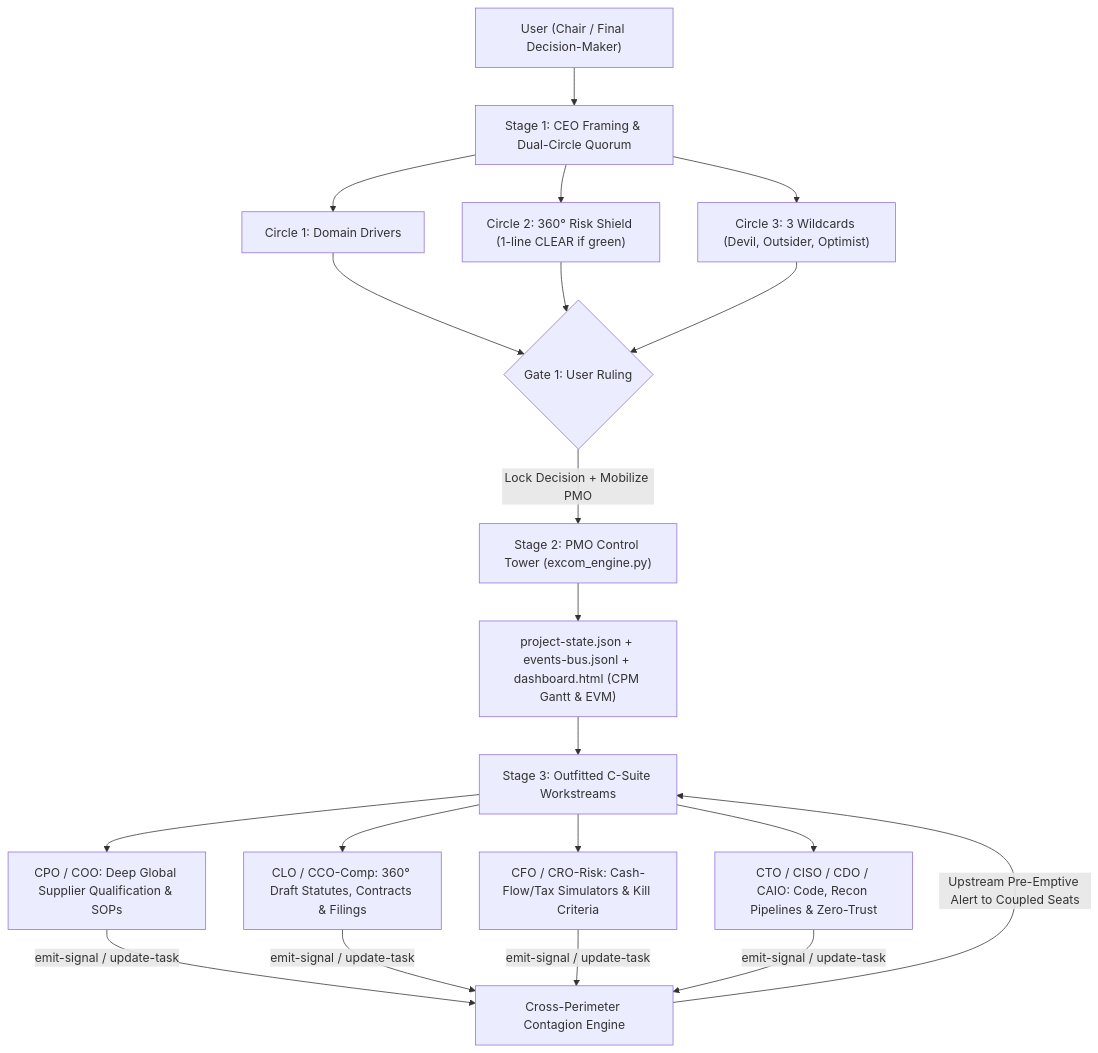
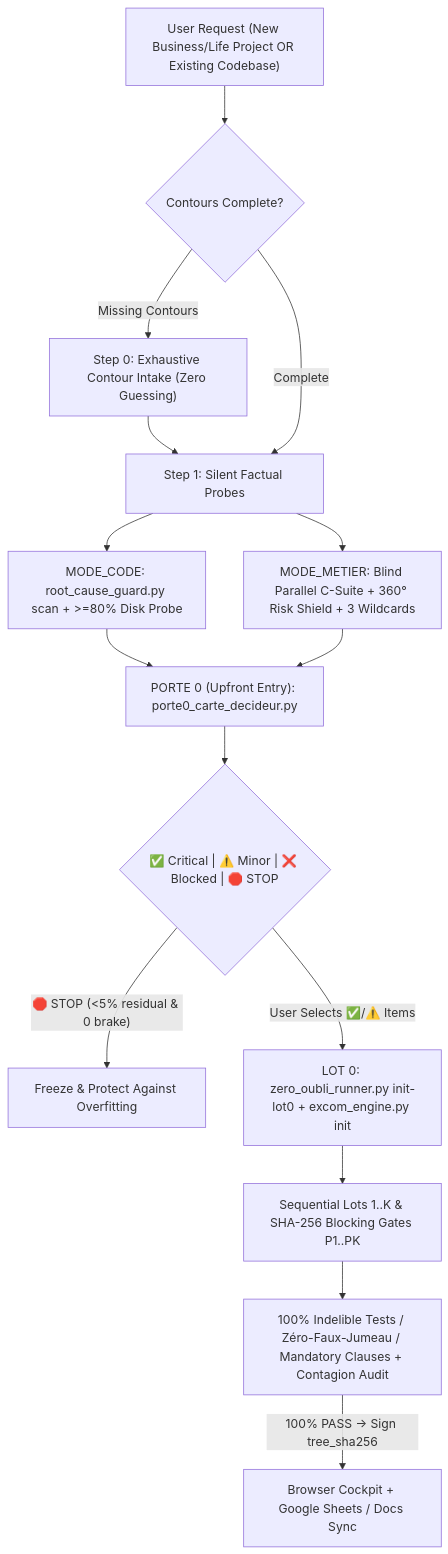
The diagram in README.md (Foch1974/ExCom), drawn with Mermaid before and after one commit. The commit also changed other lines of this file and 9 other files, not shown here.

Commit message:
feat(v3.0): full vertical integration (Exhaustive Intake + Porte 0 Carte Decideur + Open-Domain RootCause + Aeronautical Zero-Oubli SHA-256 Gates)

````diff
--- a/README.md
+++ b/README.md
@@ -31,20 +29,19 @@
 ```mermaid
 flowchart TD
-    U["User (Chair / Final Decision-Maker)"] --> CEO["Stage 1: CEO Framing & Dual-Circle Quorum"]
-    CEO --> C1["Circle 1: Domain Drivers"]
-    CEO --> C2["Circle 2: 360° Risk Shield (1-line CLEAR if green)"]
-    CEO --> C3["Circle 3: 3 Wildcards (Devil, Outsider, Optimist)"]
+    IN["User Request (New Business/Life Project OR Existing Codebase)"] --> S0{"Contours Complete?"}
+    S0 -- "Missing Contours" --> Q["Step 0: Exhaustive Contour Intake (Zero Guessing)"]
+    Q --> S1
+    S0 -- "Complete" --> S1["Step 1: Silent Factual Probes"]
 
-    C1 & C2 & C3 --> GATE1{"Gate 1: User Ruling"}
-    GATE1 -- "Lock Decision + Mobilize PMO" --> PMO["Stage 2: PMO Control Tower (excom_engine.py)"]
-    PMO --> TWIN["project-state.json + events-bus.jsonl + dashboard.html (CPM Gantt & EVM)"]
+    S1 --> P_CODE["MODE_CODE: root_cause_guard.py scan + >=80% Disk Probe"]
+    S1 --> P_MET["MODE_METIER: Blind Parallel C-Suite + 360° Risk Shield + 3 Wildcards"]
 
-    TWIN --> EXEC["Stage 3: Outfitted C-Suite Workstreams"]
-    EXEC --> D_CPO["CPO / COO: Deep Global Supplier Qualification & SOPs"]
-    EXEC --> D_CLO["CLO / CCO-Comp: 360° Draft Statutes, Contracts & Filings"]
-    EXEC --> D_CFO["CFO / CRO-Risk: Cash-Flow/Tax Simulators & Kill Criteria"]
-    EXEC --> D_CTO["CTO / CISO / CDO / CAIO: Code, Recon Pipelines & Zero-Trust"]
+    P_CODE & P_MET --> P0["PORTE 0 (Upfront Entry): porte0_carte_decideur.py"]
+    P0 --> VERDICT{"✅ Critical | ⚠️ Minor | ❌ Blocked | 🛑 STOP"}
+    VERDICT -- "🛑 STOP (<5% residual & 0 brake)" --> HALT["Freeze & Protect Against Overfitting"]
+    VERDICT -- "User Selects ✅/⚠️ Items" --> LOT0["LOT 0: zero_oubli_runner.py init-lot0 + excom_engine.py init"]
 
-    D_CPO & D_CLO & D_CFO & D_CTO -- "emit-signal / update-task" --> BUS["Cross-Perimeter Contagion Engine"]
-    BUS -- "Upstream Pre-Emptive Alert to Coupled Seats" --> EXEC
+    LOT0 --> GATES["Sequential Lots 1..K & SHA-256 Blocking Gates P1..PK"]
+    GATES --> CHECK["100% Indelible Tests / Zéro-Faux-Jumeau / Mandatory Clauses + Contagion Audit"]
+    CHECK -- "100% PASS -> Sign tree_sha256" --> LIVE["Browser Cockpit + Google Sheets / Docs Sync"]
 ```
````
